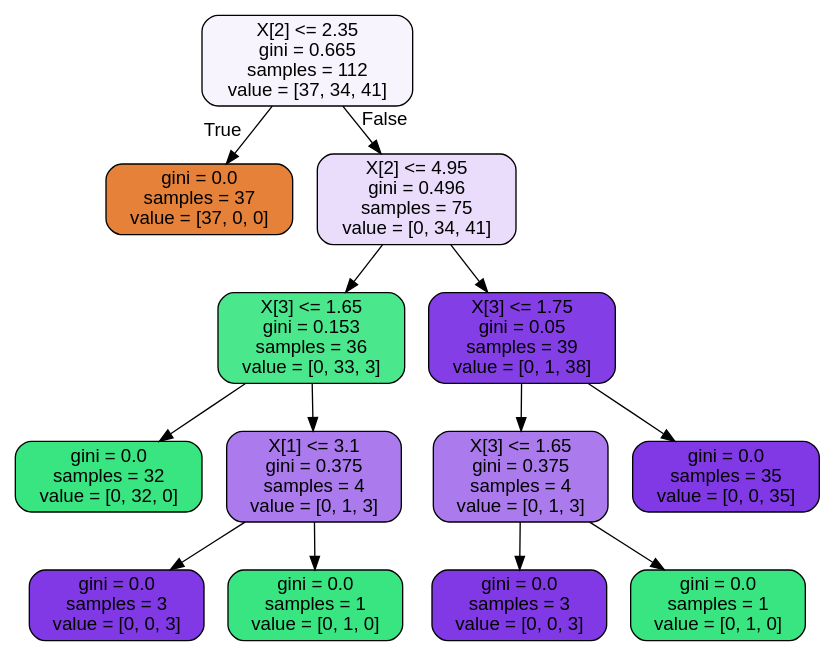
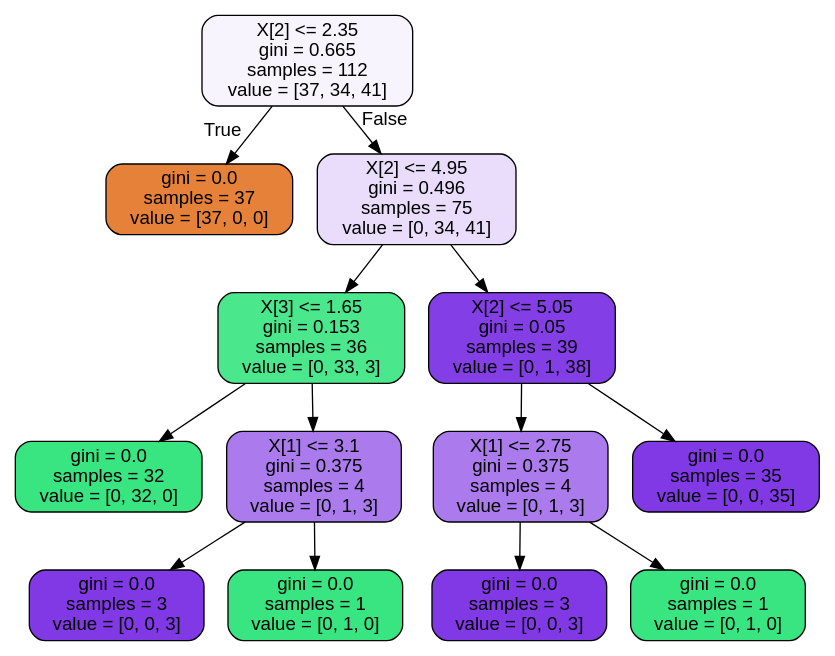
One commit to boduremre/PratikteBTveBSUygulamalariOdev2 changed the diagram in model_tree.dot. Above: the diagram before and after it, drawn with Graphviz.

```diff
--- a/model_tree.dot
+++ b/model_tree.dot
@@ -1,29 +1,29 @@
 digraph Tree {
 node [shape=box, style="filled, rounded", color="black", fontname=helvetica] ;
 edge [fontname=helvetica] ;
 0 [label="X[2] <= 2.35\ngini = 0.665\nsamples = 112\nvalue = [37, 34, 41]", fillcolor="#f8f4fe"] ;
 1 [label="gini = 0.0\nsamples = 37\nvalue = [37, 0, 0]", fillcolor="#e58139"] ;
 0 -> 1 [labeldistance=2.5, labelangle=45, headlabel="True"] ;
 2 [label="X[2] <= 4.95\ngini = 0.496\nsamples = 75\nvalue = [0, 34, 41]", fillcolor="#e9ddfb"] ;
 0 -> 2 [labeldistance=2.5, labelangle=-45, headlabel="False"] ;
 3 [label="X[3] <= 1.65\ngini = 0.153\nsamples = 36\nvalue = [0, 33, 3]", fillcolor="#4be78c"] ;
 2 -> 3 ;
 4 [label="gini = 0.0\nsamples = 32\nvalue = [0, 32, 0]", fillcolor="#39e581"] ;
 3 -> 4 ;
 5 [label="X[1] <= 3.1\ngini = 0.375\nsamples = 4\nvalue = [0, 1, 3]", fillcolor="#ab7bee"] ;
 3 -> 5 ;
 6 [label="gini = 0.0\nsamples = 3\nvalue = [0, 0, 3]", fillcolor="#8139e5"] ;
 5 -> 6 ;
 7 [label="gini = 0.0\nsamples = 1\nvalue = [0, 1, 0]", fillcolor="#39e581"] ;
 5 -> 7 ;
-8 [label="X[3] <= 1.75\ngini = 0.05\nsamples = 39\nvalue = [0, 1, 38]", fillcolor="#843ee6"] ;
+8 [label="X[2] <= 5.05\ngini = 0.05\nsamples = 39\nvalue = [0, 1, 38]", fillcolor="#843ee6"] ;
 2 -> 8 ;
-9 [label="X[3] <= 1.65\ngini = 0.375\nsamples = 4\nvalue = [0, 1, 3]", fillcolor="#ab7bee"] ;
+9 [label="X[1] <= 2.75\ngini = 0.375\nsamples = 4\nvalue = [0, 1, 3]", fillcolor="#ab7bee"] ;
 8 -> 9 ;
 10 [label="gini = 0.0\nsamples = 3\nvalue = [0, 0, 3]", fillcolor="#8139e5"] ;
 9 -> 10 ;
 11 [label="gini = 0.0\nsamples = 1\nvalue = [0, 1, 0]", fillcolor="#39e581"] ;
 9 -> 11 ;
 12 [label="gini = 0.0\nsamples = 35\nvalue = [0, 0, 35]", fillcolor="#8139e5"] ;
 8 -> 12 ;
 }
```
